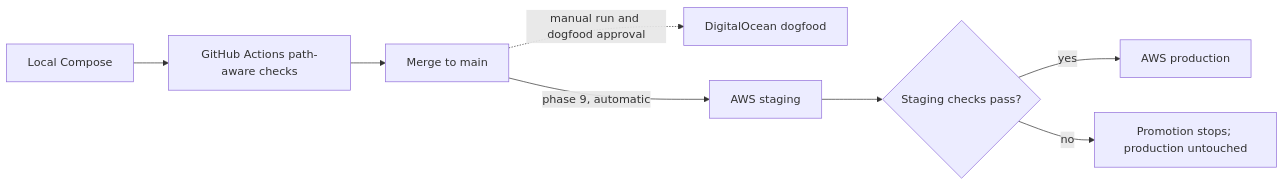
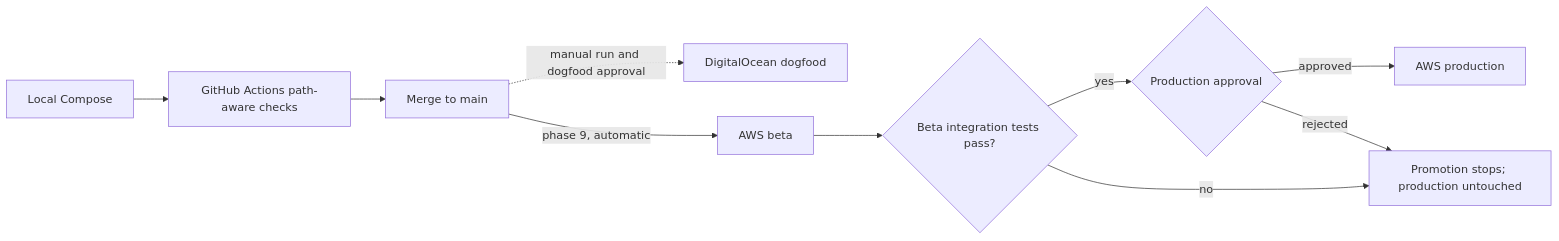
One commit to robsgreen/property-focus changed diagram 27 of 33 in specs/property-focus/master-plan.md. Above: the diagram before and after it, drawn with Mermaid. The commit also changed other lines of this file and 16 other files, not shown here.

First line of the commit message:
chore: rename the AWS pre-production environment to beta and gate production on approval

````diff
--- a/specs/property-focus/master-plan.md
+++ b/specs/property-focus/master-plan.md
@@ -650,10 +650,12 @@
 ```mermaid
 flowchart LR
     Dev[Local Compose] --> CI[GitHub Actions path-aware checks]
     CI --> Main[Merge to main]
     Main -.->|manual run and dogfood approval| Dogfood[DigitalOcean dogfood]
-    Main -->|phase 9, automatic| Staging[AWS staging]
-    Staging --> Checks{Staging checks pass?}
-    Checks -->|yes| Prod[AWS production]
+    Main -->|phase 9, automatic| Beta[AWS beta]
+    Beta --> Checks{Beta integration tests pass?}
+    Checks -->|yes| Approve{Production approval}
+    Approve -->|approved| Prod[AWS production]
     Checks -->|no| Stop[Promotion stops; production untouched]
+    Approve -->|rejected| Stop
 ```
````
